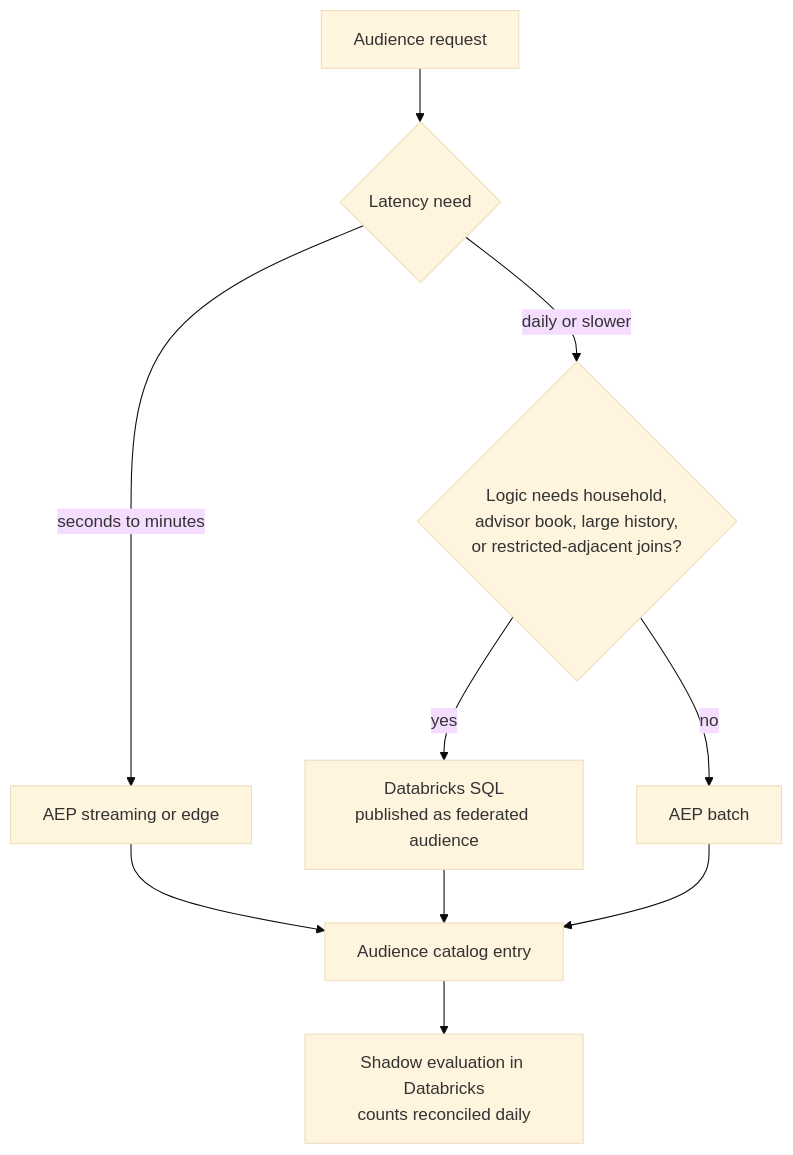
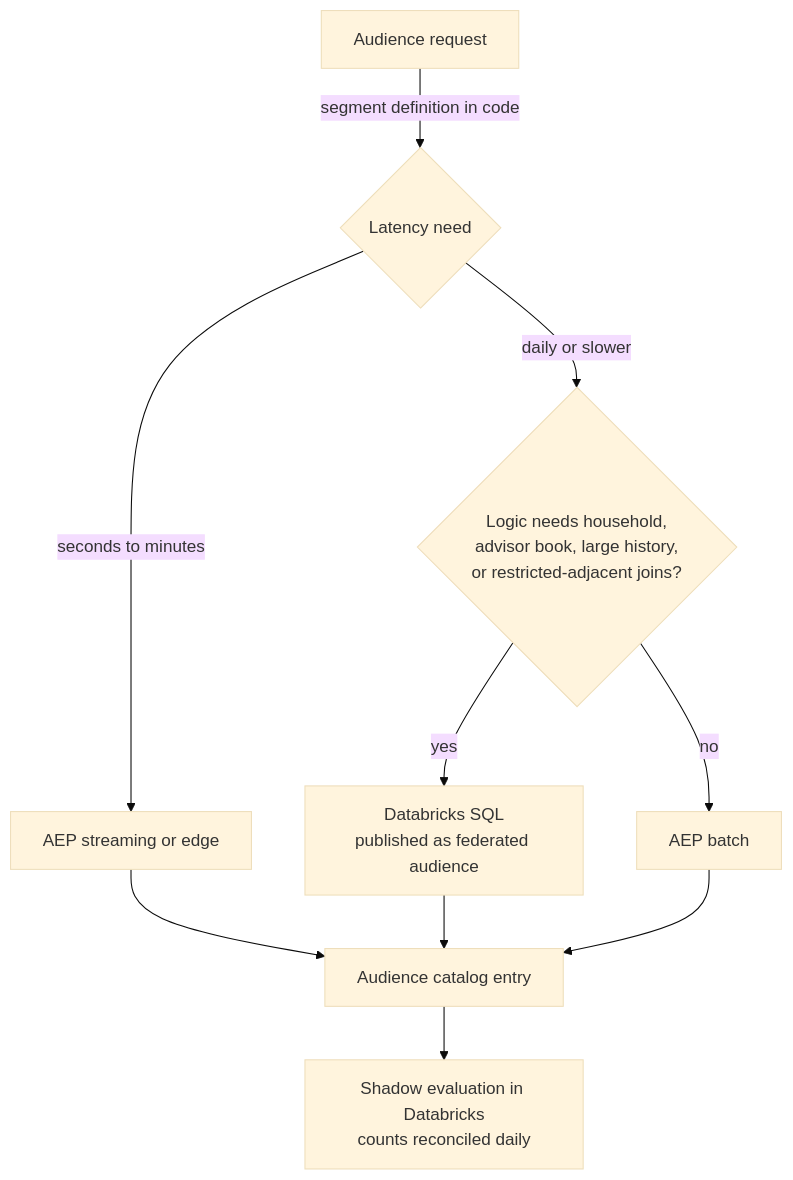
The first of 2 diagrams in SpecRepo/activation/03_SEGMENTATION.md (brandon-benge/example-data-pipeline-w-ml), drawn with Mermaid (base theme) before and after one commit. The commit also changed 1 other file, not shown here.

Commit message:
Label data on diagram edges where the spec diagrams match the walkthrough
Claude-Session: https://claude.ai/code/session_01FDS24kKf8GNGfQGHvZPQWg

````diff
--- a/SpecRepo/activation/03_SEGMENTATION.md
+++ b/SpecRepo/activation/03_SEGMENTATION.md
@@ -36,12 +36,12 @@
 ```mermaid
 flowchart TB
-    R[Audience request] --> L{Latency need}
+    R[Audience request] -- "segment definition in code" --> L{Latency need}
     L -- "seconds to minutes" --> ST[AEP streaming or edge]
     L -- "daily or slower" --> J{Logic needs household,<br/>advisor book, large history,<br/>or restricted-adjacent joins?}
     J -- yes --> DB[Databricks SQL<br/>published as federated audience]
     J -- no --> BA[AEP batch]
     ST --> CAT[Audience catalog entry]
     DB --> CAT
     BA --> CAT
     CAT --> SH[Shadow evaluation in Databricks<br/>counts reconciled daily]
 ```
````
